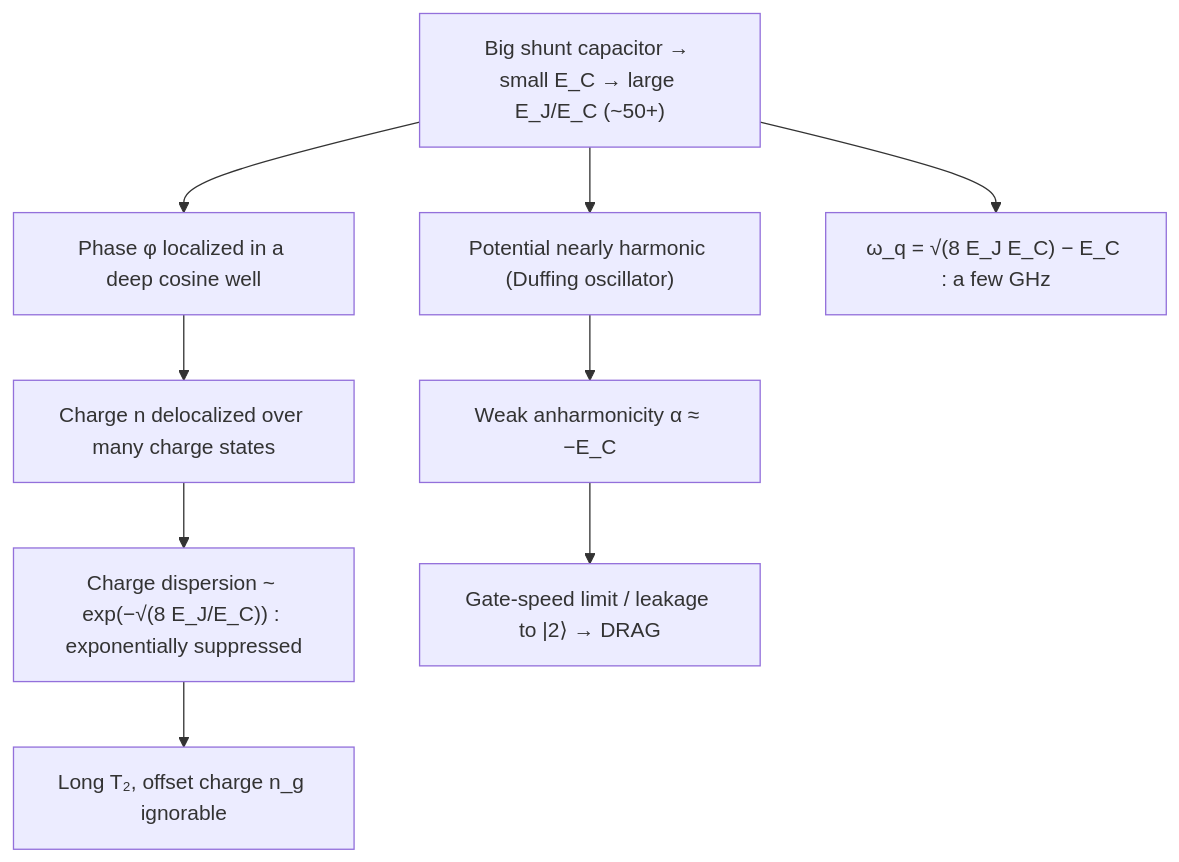
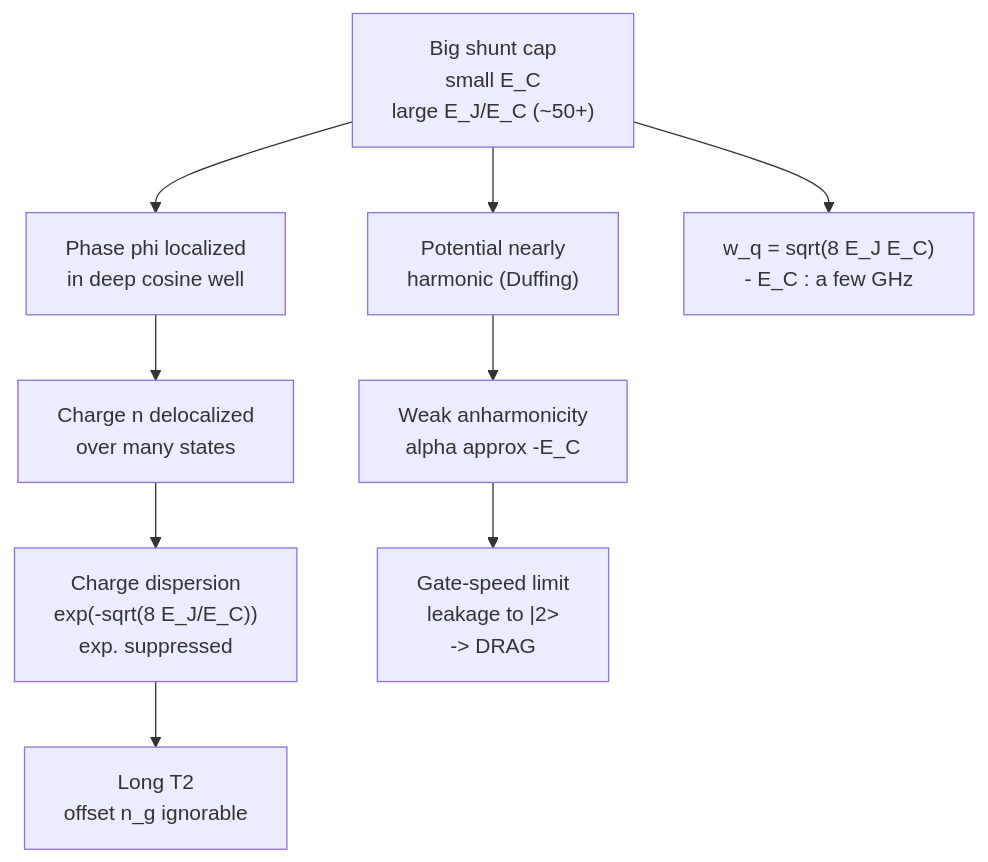
One commit to Iamsohungrynow/superconducting-qubits-journey changed the diagram in tutorial/04-transmon.md. Above: the diagram before and after it, drawn with Mermaid. The commit also changed 11 other files, not shown here.

Commit message:
Rewrite Mermaid diagrams for clear GitHub rendering (TD layout, short labels)

````diff
--- a/tutorial/04-transmon.md
+++ b/tutorial/04-transmon.md
@@ -7,11 +7,11 @@
 ```mermaid
 flowchart TD
-  A["Big shunt capacitor → small E_C → large E_J/E_C (~50+)"] --> B["Phase φ localized in a deep cosine well"]
-  B --> C["Charge n delocalized over many charge states"]
-  C --> D["Charge dispersion ~ exp(−√(8 E_J/E_C)) : exponentially suppressed"]
-  D --> E["Long T₂, offset charge n_g ignorable"]
-  A --> F["Potential nearly harmonic (Duffing oscillator)"]
-  F --> G["Weak anharmonicity α ≈ −E_C"]
-  G --> H["Gate-speed limit / leakage to |2⟩ → DRAG"]
-  A --> I["ω_q = √(8 E_J E_C) − E_C : a few GHz"]
+  A["Big shunt cap<br/>small E_C<br/>large E_J/E_C (~50+)"] --> B["Phase phi localized<br/>in deep cosine well"]
+  B --> C["Charge n delocalized<br/>over many states"]
+  C --> D["Charge dispersion<br/>exp(-sqrt(8 E_J/E_C))<br/>exp. suppressed"]
+  D --> E["Long T2<br/>offset n_g ignorable"]
+  A --> F["Potential nearly<br/>harmonic (Duffing)"]
+  F --> G["Weak anharmonicity<br/>alpha approx -E_C"]
+  G --> H["Gate-speed limit<br/>leakage to |2><br/>-> DRAG"]
+  A --> I["w_q = sqrt(8 E_J E_C)<br/>- E_C : a few GHz"]
 ```
````
